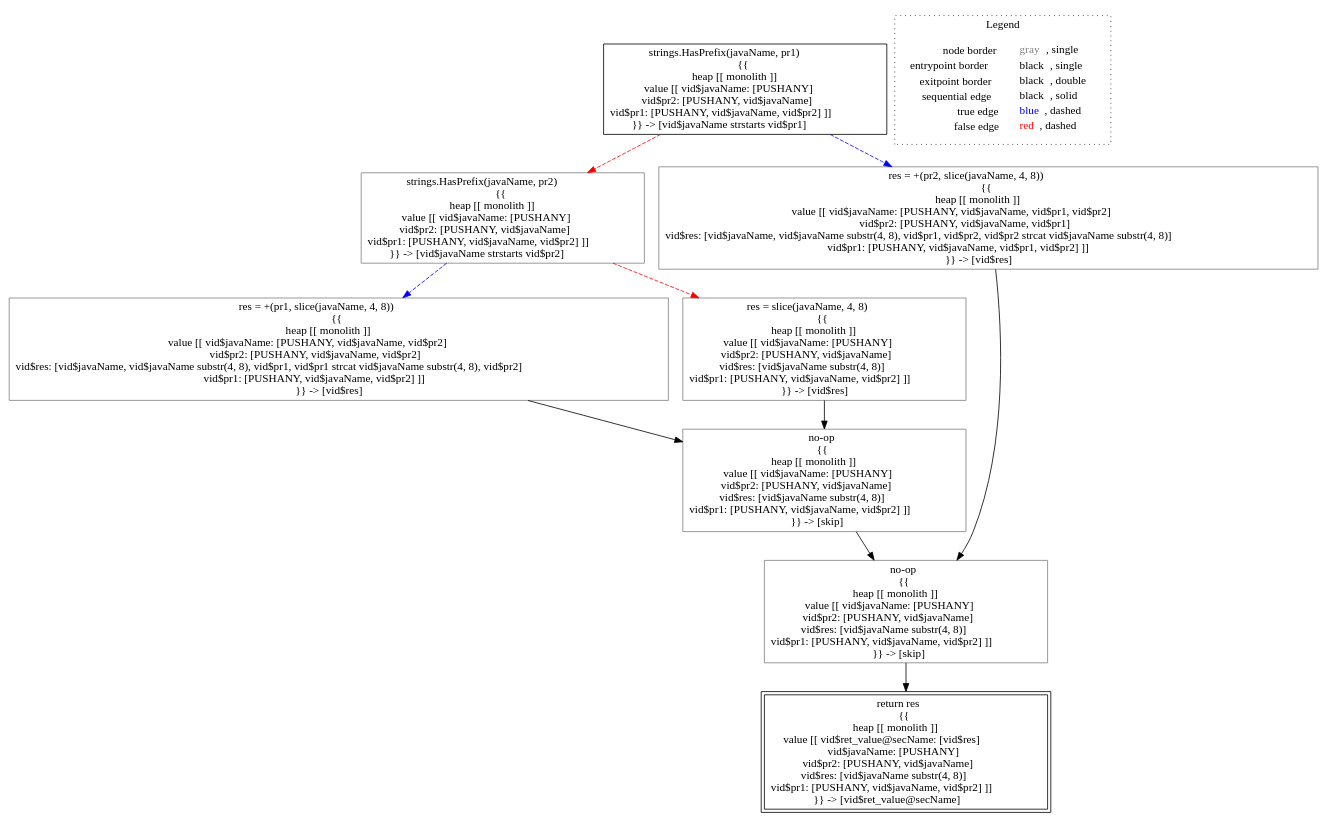
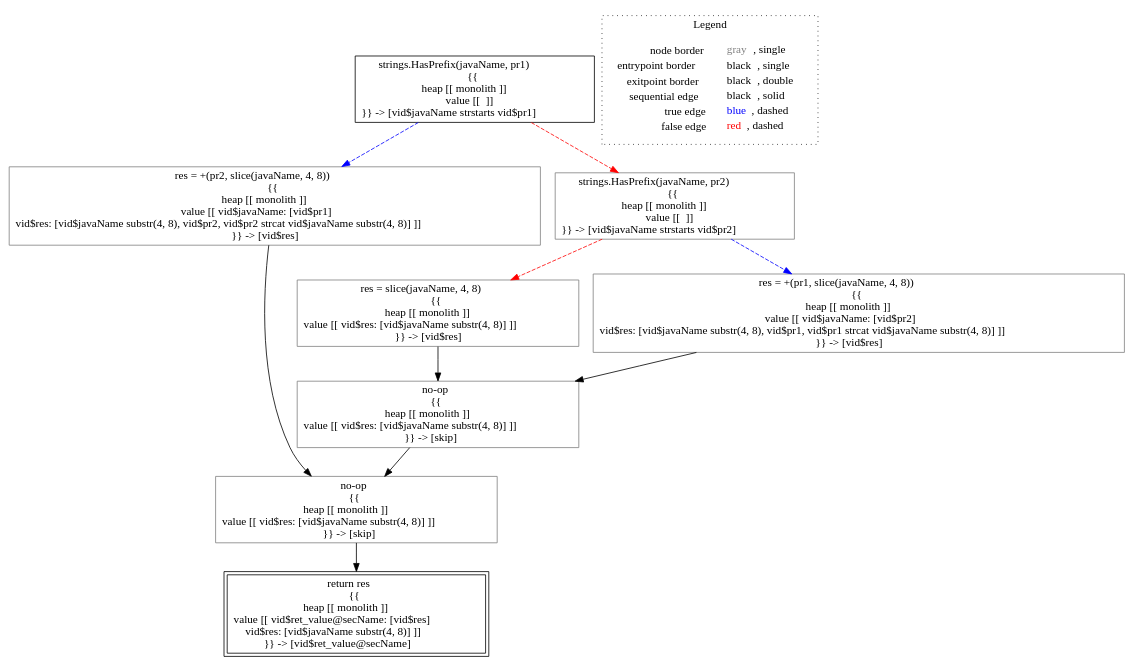
Before and after one commit to lisa-analyzer/go-lisa: the diagram in go-lisa/test-outputs/icalp/analysis___untyped_~LiSAProgram.secName(string_pr1,_string_pr2,_string_javaName).dot, drawn with Graphviz. The commit also changed 4 other files, not shown here.

```diff
--- a/go-lisa/test-outputs/icalp/analysis___untyped_~LiSAProgram.secName(string_pr1,_string_pr2,_string_javaName).dot
+++ b/go-lisa/test-outputs/icalp/analysis___untyped_~LiSAProgram.secName(string_pr1,_string_pr2,_string_javaName).dot
@@ -1,26 +1,26 @@
 digraph {
-	"node0" [shape="rect",color="black",label=<strings.HasPrefix(javaName, pr1)<BR/>{{<BR/>heap [[ monolith ]]<BR/>value [[ vid$javaName: [PUSHANY]<BR/>vid$pr2: [PUSHANY, vid$javaName]<BR/>vid$pr1: [PUSHANY, vid$javaName, vid$pr2] ]]<BR/>}} -&gt; [vid$javaName strstarts vid$pr1]>];
-	"node1" [shape="rect",color="gray",label=<res = +(pr1, slice(javaName, 4, 8))<BR/>{{<BR/>heap [[ monolith ]]<BR/>value [[ vid$javaName: [PUSHANY, vid$javaName, vid$pr2]<BR/>vid$pr2: [PUSHANY, vid$javaName, vid$pr2]<BR/>vid$res: [vid$javaName, vid$javaName substr(4, 8), vid$pr1, vid$pr1 strcat vid$javaName substr(4, 8), vid$pr2]<BR/>vid$pr1: [PUSHANY, vid$javaName, vid$pr2] ]]<BR/>}} -&gt; [vid$res]>];
-	"node2" [shape="rect",color="gray",label=<strings.HasPrefix(javaName, pr2)<BR/>{{<BR/>heap [[ monolith ]]<BR/>value [[ vid$javaName: [PUSHANY]<BR/>vid$pr2: [PUSHANY, vid$javaName]<BR/>vid$pr1: [PUSHANY, vid$javaName, vid$pr2] ]]<BR/>}} -&gt; [vid$javaName strstarts vid$pr2]>];
-	"node3" [shape="rect",color="gray",label=<res = slice(javaName, 4, 8)<BR/>{{<BR/>heap [[ monolith ]]<BR/>value [[ vid$javaName: [PUSHANY]<BR/>vid$pr2: [PUSHANY, vid$javaName]<BR/>vid$res: [vid$javaName substr(4, 8)]<BR/>vid$pr1: [PUSHANY, vid$javaName, vid$pr2] ]]<BR/>}} -&gt; [vid$res]>];
-	"node4" [shape="rect",color="gray",label=<no-op<BR/>{{<BR/>heap [[ monolith ]]<BR/>value [[ vid$javaName: [PUSHANY]<BR/>vid$pr2: [PUSHANY, vid$javaName]<BR/>vid$res: [vid$javaName substr(4, 8)]<BR/>vid$pr1: [PUSHANY, vid$javaName, vid$pr2] ]]<BR/>}} -&gt; [skip]>];
-	"node5" [shape="rect",color="gray",label=<no-op<BR/>{{<BR/>heap [[ monolith ]]<BR/>value [[ vid$javaName: [PUSHANY]<BR/>vid$pr2: [PUSHANY, vid$javaName]<BR/>vid$res: [vid$javaName substr(4, 8)]<BR/>vid$pr1: [PUSHANY, vid$javaName, vid$pr2] ]]<BR/>}} -&gt; [skip]>];
-	"node6" [shape="rect",color="gray",label=<res = +(pr2, slice(javaName, 4, 8))<BR/>{{<BR/>heap [[ monolith ]]<BR/>value [[ vid$javaName: [PUSHANY, vid$javaName, vid$pr1, vid$pr2]<BR/>vid$pr2: [PUSHANY, vid$javaName, vid$pr1]<BR/>vid$res: [vid$javaName, vid$javaName substr(4, 8), vid$pr1, vid$pr2, vid$pr2 strcat vid$javaName substr(4, 8)]<BR/>vid$pr1: [PUSHANY, vid$javaName, vid$pr1, vid$pr2] ]]<BR/>}} -&gt; [vid$res]>];
-	"node7" [shape="rect",color="black",peripheries="2",label=<return res<BR/>{{<BR/>heap [[ monolith ]]<BR/>value [[ vid$ret_value@secName: [vid$res]<BR/>vid$javaName: [PUSHANY]<BR/>vid$pr2: [PUSHANY, vid$javaName]<BR/>vid$res: [vid$javaName substr(4, 8)]<BR/>vid$pr1: [PUSHANY, vid$javaName, vid$pr2] ]]<BR/>}} -&gt; [vid$ret_value@secName]>];
-	"node1" -> "node5" [color="black"];
-	"node2" -> "node1" [color="blue",style="dashed"];
-	"node2" -> "node3" [color="red",style="dashed"];
-	"node0" -> "node2" [color="red",style="dashed"];
-	"node0" -> "node6" [color="blue",style="dashed"];
-	"node3" -> "node5" [color="black"];
-	"node4" -> "node7" [color="black"];
+	"node0" [shape="rect",color="black",label=<strings.HasPrefix(javaName, pr1)<BR/>{{<BR/>heap [[ monolith ]]<BR/>value [[  ]]<BR/>}} -&gt; [vid$javaName strstarts vid$pr1]>];
+	"node1" [shape="rect",color="gray",label=<res = slice(javaName, 4, 8)<BR/>{{<BR/>heap [[ monolith ]]<BR/>value [[ vid$res: [vid$javaName substr(4, 8)] ]]<BR/>}} -&gt; [vid$res]>];
+	"node2" [shape="rect",color="gray",label=<res = +(pr2, slice(javaName, 4, 8))<BR/>{{<BR/>heap [[ monolith ]]<BR/>value [[ vid$javaName: [vid$pr1]<BR/>vid$res: [vid$javaName substr(4, 8), vid$pr2, vid$pr2 strcat vid$javaName substr(4, 8)] ]]<BR/>}} -&gt; [vid$res]>];
+	"node3" [shape="rect",color="gray",label=<strings.HasPrefix(javaName, pr2)<BR/>{{<BR/>heap [[ monolith ]]<BR/>value [[  ]]<BR/>}} -&gt; [vid$javaName strstarts vid$pr2]>];
+	"node4" [shape="rect",color="black",peripheries="2",label=<return res<BR/>{{<BR/>heap [[ monolith ]]<BR/>value [[ vid$ret_value@secName: [vid$res]<BR/>vid$res: [vid$javaName substr(4, 8)] ]]<BR/>}} -&gt; [vid$ret_value@secName]>];
+	"node5" [shape="rect",color="gray",label=<no-op<BR/>{{<BR/>heap [[ monolith ]]<BR/>value [[ vid$res: [vid$javaName substr(4, 8)] ]]<BR/>}} -&gt; [skip]>];
+	"node6" [shape="rect",color="gray",label=<no-op<BR/>{{<BR/>heap [[ monolith ]]<BR/>value [[ vid$res: [vid$javaName substr(4, 8)] ]]<BR/>}} -&gt; [skip]>];
+	"node7" [shape="rect",color="gray",label=<res = +(pr1, slice(javaName, 4, 8))<BR/>{{<BR/>heap [[ monolith ]]<BR/>value [[ vid$javaName: [vid$pr2]<BR/>vid$res: [vid$javaName substr(4, 8), vid$pr1, vid$pr1 strcat vid$javaName substr(4, 8)] ]]<BR/>}} -&gt; [vid$res]>];
+	"node1" -> "node6" [color="black"];
+	"node2" -> "node5" [color="black"];
+	"node3" -> "node1" [color="red",style="dashed"];
+	"node3" -> "node7" [color="blue",style="dashed"];
+	"node0" -> "node2" [color="blue",style="dashed"];
+	"node0" -> "node3" [color="red",style="dashed"];
 	"node5" -> "node4" [color="black"];
-	"node6" -> "node4" [color="black"];
+	"node6" -> "node5" [color="black"];
+	"node7" -> "node6" [color="black"];
 subgraph cluster_legend {
 	label="Legend";
 	style=dotted;
 	node [shape=plaintext];
 	"legend" [label=<<table border="0" cellpadding="2" cellspacing="0" cellborder="0"><tr><td align="right">node border&nbsp;</td><td align="left"><font color="gray">gray</font>, single</td></tr><tr><td align="right">entrypoint border&nbsp;</td><td align="left"><font color="black">black</font>, single</td></tr><tr><td align="right">exitpoint border&nbsp;</td><td align="left"><font color="black">black</font>, double</td></tr><tr><td align="right">sequential edge&nbsp;</td><td align="left"><font color="black">black</font>, solid</td></tr><tr><td align="right">true edge&nbsp;</td><td align="left"><font color="blue">blue</font>, dashed</td></tr><tr><td align="right">false edge&nbsp;</td><td align="left"><font color="red">red</font>, dashed</td></tr></table>>];
 }
 
 }
```
